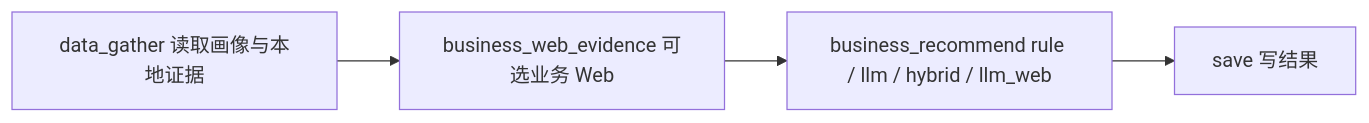
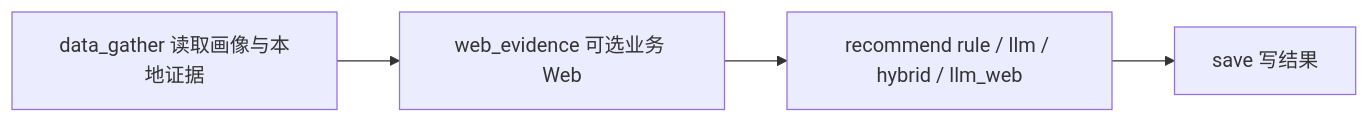
The second of 3 diagrams in docs/ARCHITECTURE.md (leeing/xft-dd), drawn with Mermaid before and after one commit. The commit also changed other lines of this file and 39 other files, not shown here.

````diff
--- a/docs/ARCHITECTURE.md
+++ b/docs/ARCHITECTURE.md
@@ -37,6 +37,6 @@
 ```mermaid
 flowchart LR
-    gather["data_gather 读取画像与本地证据"] --> web["business_web_evidence 可选业务 Web"]
-    web --> business["business_recommend rule / llm / hybrid / llm_web"]
+    gather["data_gather 读取画像与本地证据"] --> web["web_evidence 可选业务 Web"]
+    web --> business["recommend rule / llm / hybrid / llm_web"]
     business --> save["save 写结果"]
 ```
````
